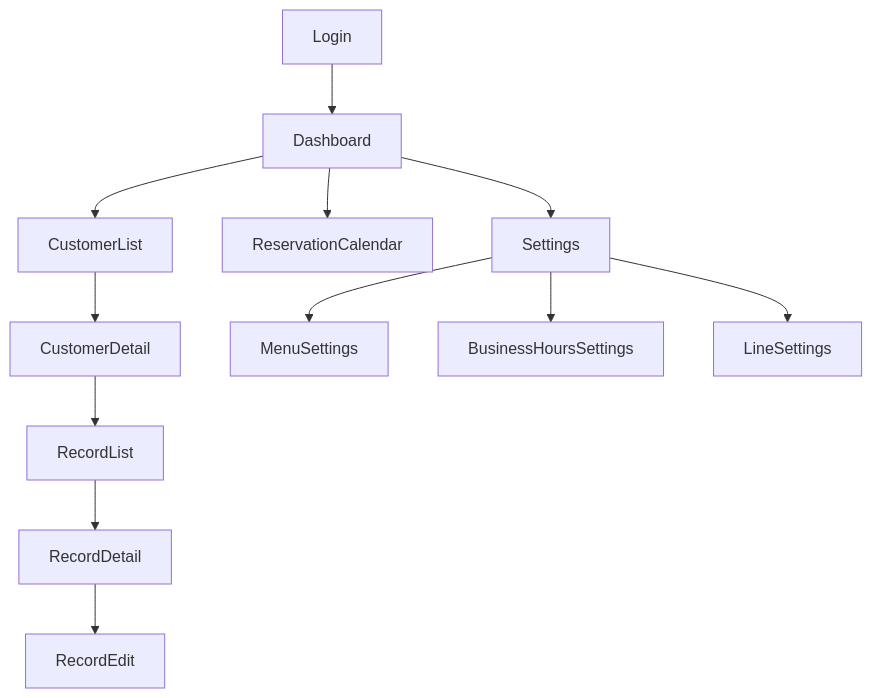
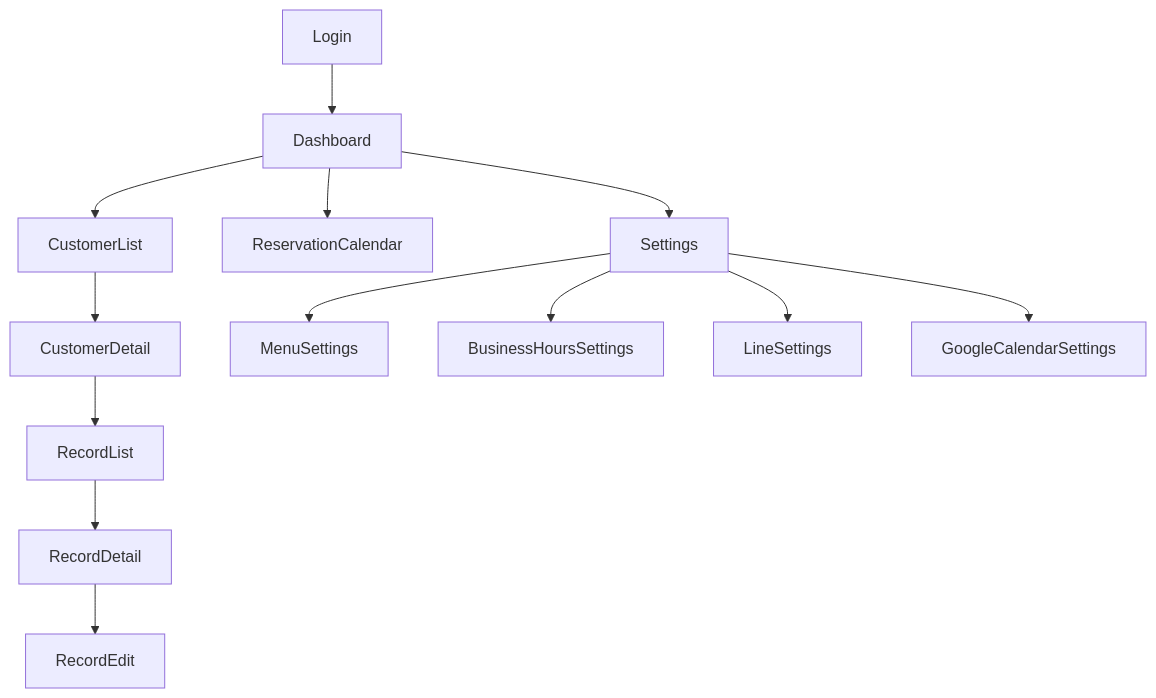
Before and after one commit to realizeworks0701-ux/realize-beauty: the diagram in docs/ui/navigation.md, drawn with Mermaid. The commit also changed other lines of this file and 18 other files, not shown here.

````diff
--- a/docs/ui/navigation.md
+++ b/docs/ui/navigation.md
@@ -3,25 +3,27 @@
 ```mermaid
 flowchart TD
 
 Login --> Dashboard
 
 Dashboard --> CustomerList
 
 CustomerList --> CustomerDetail
 
 CustomerDetail --> RecordList
 
 RecordList --> RecordDetail
 
 RecordDetail --> RecordEdit
 
 Dashboard --> ReservationCalendar
 
 Dashboard --> Settings
 
 Settings --> MenuSettings
 
 Settings --> BusinessHoursSettings
 
 Settings --> LineSettings
+
+Settings --> GoogleCalendarSettings
 ```
````
